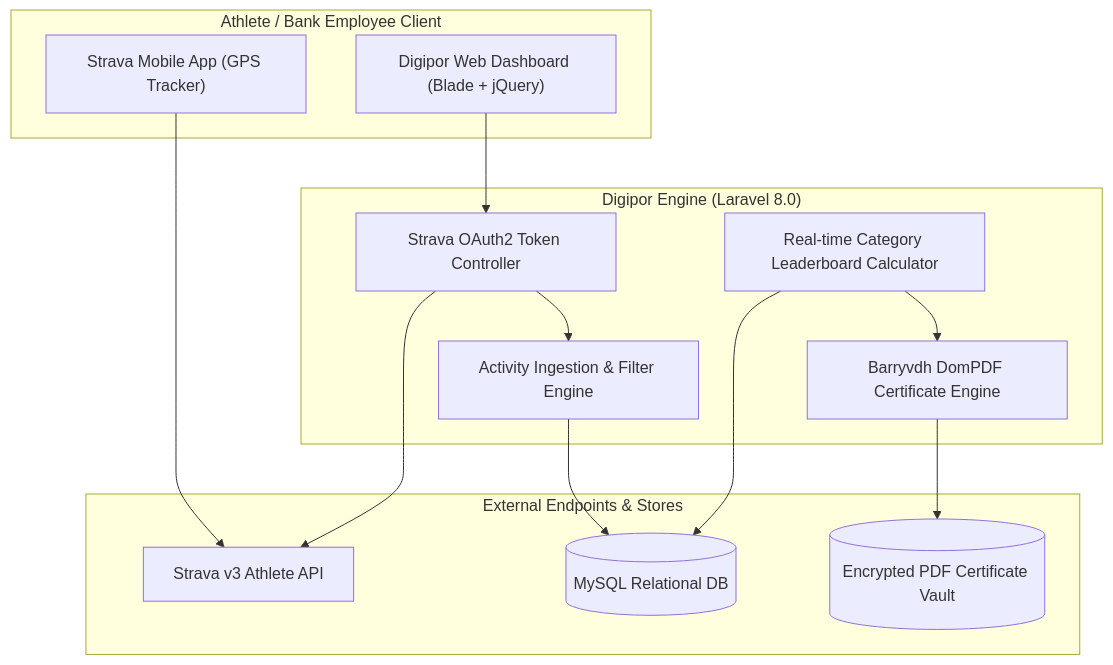
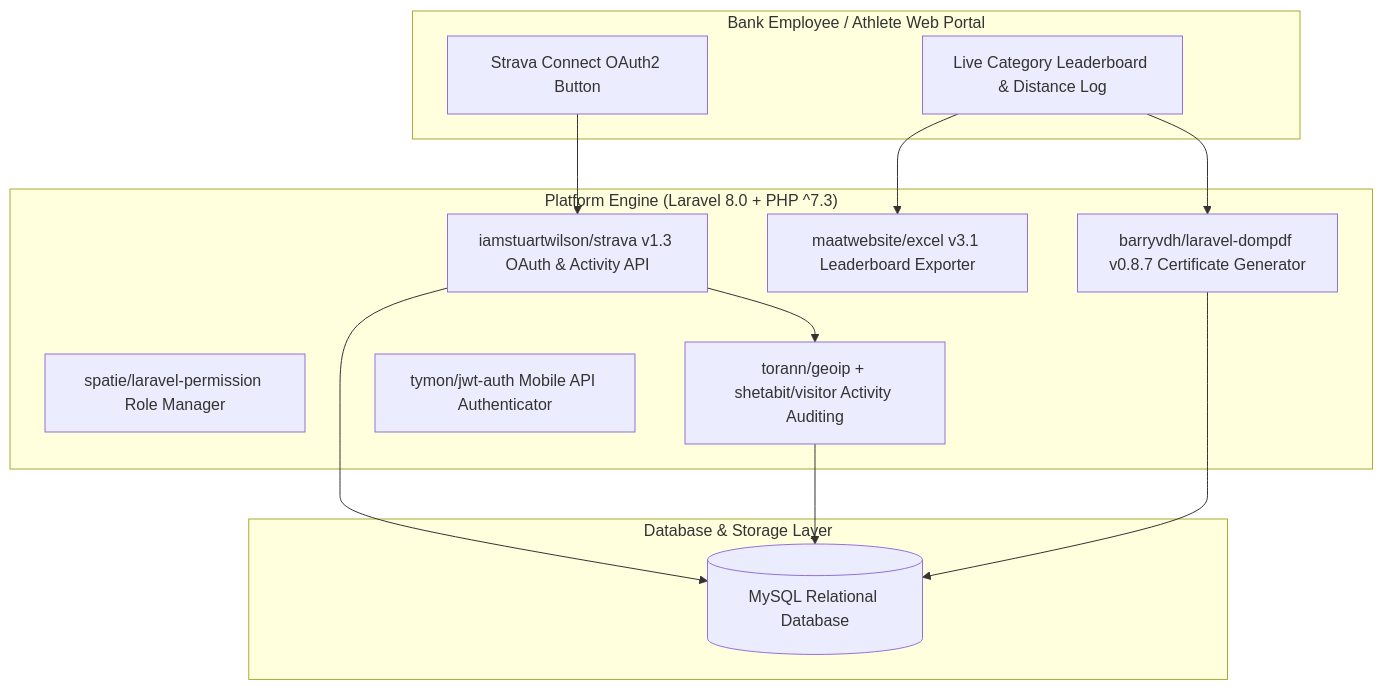
One commit to MHendriF/my-resume changed the diagram in experience/pt-lapantiga-solusi-algoritma/overview-projects/digipor-bank-bmpdjatim/ARCHITECTURE.md. Above: the diagram before and after it, drawn with Mermaid. The commit also changed other lines of this file and 27 other files, not shown here.

Commit message:
docs: synchronize all ARCHITECTURE.md files with exact package.json and composer.json manifests

````diff
--- a/experience/pt-lapantiga-solusi-algoritma/overview-projects/digipor-bank-bmpdjatim/ARCHITECTURE.md
+++ b/experience/pt-lapantiga-solusi-algoritma/overview-projects/digipor-bank-bmpdjatim/ARCHITECTURE.md
@@ -19,26 +19,25 @@
 ```mermaid
 flowchart TD
-    subgraph UserMobile ["Athlete / Bank Employee Client"]
-        StravaApp["Strava Mobile App (GPS Tracker)"]
-        WebPortal["Digipor Web Dashboard (Blade + jQuery)"]
+    subgraph AthleteUI ["Bank Employee / Athlete Web Portal"]
+        StravaConnect["Strava Connect OAuth2 Button"]
+        LeaderboardView["Live Category Leaderboard & Distance Log"]
     end
 
-    subgraph LaravelApp ["Digipor Engine (Laravel 8.0)"]
-        OAuthHandler["Strava OAuth2 Token Controller"]
-        ActivitySync["Activity Ingestion & Filter Engine"]
-        LeaderboardEngine["Real-time Category Leaderboard Calculator"]
-        CertGenerator["Barryvdh DomPDF Certificate Engine"]
+    subgraph LaravelEngine ["Platform Engine (Laravel 8.0 + PHP ^7.3)"]
+        StravaSDK["iamstuartwilson/strava v1.3 OAuth & Activity API"]
+        PermissionMgr["spatie/laravel-permission Role Manager"]
+        GeoTracker["torann/geoip + shetabit/visitor Activity Auditing"]
+        DomPdfEngine["barryvdh/laravel-dompdf v0.8.7 Certificate Generator"]
+        ExcelExporter["maatwebsite/excel v3.1 Leaderboard Exporter"]
+        JWTMgr["tymon/jwt-auth Mobile API Authenticator"]
     end
 
-    subgraph ExternalServices ["External Endpoints & Stores"]
-        StravaAPI["Strava v3 Athlete API"]
-        MySQL[(MySQL Relational DB)]
-        CertStorage[(Encrypted PDF Certificate Vault)]
+    subgraph DataStorage ["Database & Storage Layer"]
+        MySQL_DB[(MySQL Relational Database)]
     end
 
-    StravaApp --> StravaAPI
-    WebPortal --> OAuthHandler --> StravaAPI
-    OAuthHandler --> ActivitySync --> MySQL
-    LeaderboardEngine --> MySQL
-    LeaderboardEngine --> CertGenerator --> CertStorage
+    StravaConnect --> StravaSDK --> MySQL_DB
+    LeaderboardView --> ExcelExporter
+    LeaderboardView --> DomPdfEngine --> MySQL_DB
+    StravaSDK --> GeoTracker --> MySQL_DB
 ```
````
